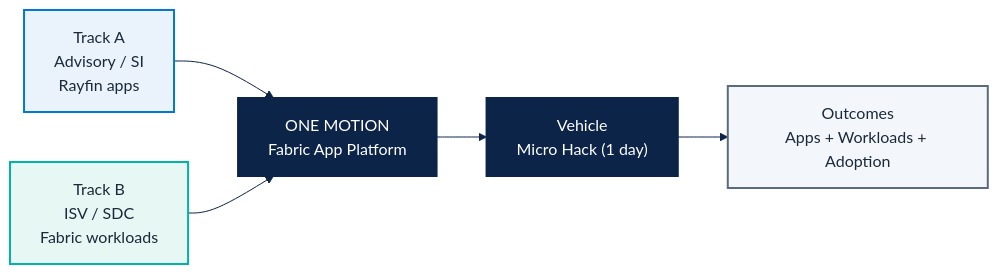
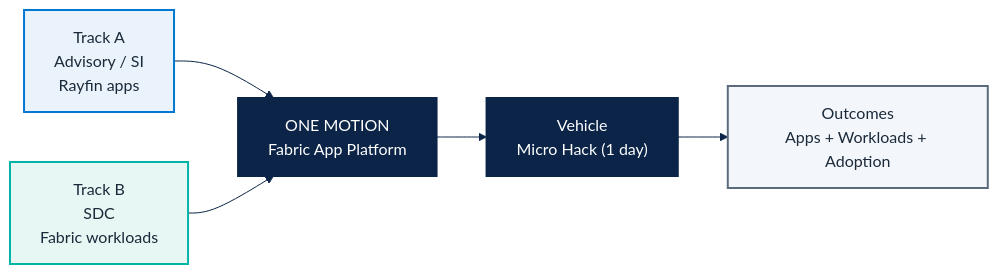
One commit to fredgis/FY27FabricMotion changed the first of 2 diagrams in docs/app-motion-overview.md. Above: the diagram before and after it, drawn with Mermaid. The commit also changed other lines of this file and 36 other files, not shown here.

````diff
--- a/docs/app-motion-overview.md
+++ b/docs/app-motion-overview.md
@@ -7,23 +7,23 @@
 ```mermaid
 %%{init: {'theme':'base','themeVariables':{
   'primaryColor':'#EAF3FB',
   'primaryTextColor':'#1B2A3A',
   'primaryBorderColor':'#0078D4',
   'lineColor':'#0B2447',
   'secondaryColor':'#E6F7F4',
   'tertiaryColor':'#F3F7FB'
 }}}%%
 flowchart LR
     A["Track A<br/>Advisory / SI<br/>Rayfin apps"] --> M["ONE MOTION<br/>Fabric App Platform"]
-    B["Track B<br/>ISV / SDC<br/>Fabric workloads"] --> M
+    B["Track B<br/>SDC<br/>Fabric workloads"] --> M
     M --> V["Vehicle<br/>Micro Hack (1 day)"]
     V --> O["Outcomes<br/>Apps + Workloads + Adoption"]
     classDef a fill:#EAF3FB,stroke:#0078D4,color:#1B2A3A,stroke-width:2px;
     classDef b fill:#E6F7F4,stroke:#00B4A6,color:#1B2A3A,stroke-width:2px;
     classDef c fill:#0B2447,stroke:#0B2447,color:#FFFFFF,stroke-width:2px;
     classDef d fill:#F3F7FB,stroke:#5B6B7B,color:#1B2A3A,stroke-width:2px;
     class A a;
     class B b;
     class M,V c;
     class O d;
 ```
````
